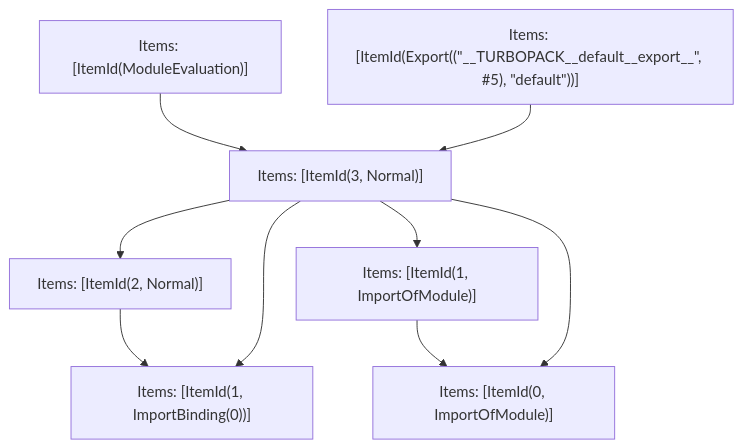
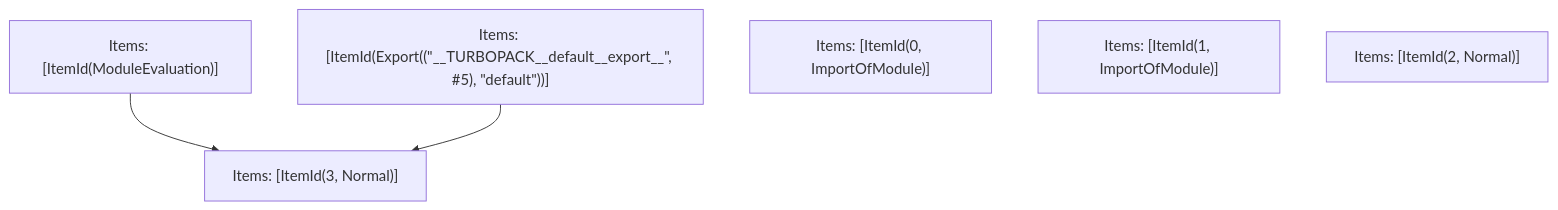
The fifth of 5 diagrams in turbopack/crates/turbopack-ecmascript/tests/tree-shaker/analyzer/amphtml-document/output.md (Sonar-UX-Testing-FreePlan/next.js), drawn with Mermaid before and after one commit. The commit also changed other lines of this file and 30 other files, not shown here.

````diff
--- a/turbopack/crates/turbopack-ecmascript/tests/tree-shaker/analyzer/amphtml-document/output.md
+++ b/turbopack/crates/turbopack-ecmascript/tests/tree-shaker/analyzer/amphtml-document/output.md
@@ -277,18 +277,11 @@
 ```mermaid
 graph TD
     N0["Items: [ItemId(ModuleEvaluation)]"];
     N1["Items: [ItemId(Export((&quot;__TURBOPACK__default__export__&quot;, #5), &quot;default&quot;))]"];
-    N2["Items: [ItemId(0, ImportOfModule)]"];
-    N3["Items: [ItemId(1, ImportOfModule)]"];
-    N4["Items: [ItemId(1, ImportBinding(0))]"];
+    N2["Items: [ItemId(3, Normal)]"];
+    N3["Items: [ItemId(0, ImportOfModule)]"];
+    N4["Items: [ItemId(1, ImportOfModule)]"];
     N5["Items: [ItemId(2, Normal)]"];
-    N6["Items: [ItemId(3, Normal)]"];
-    N3 --> N2;
-    N5 --> N4;
-    N6 --> N4;
-    N6 --> N3;
-    N0 --> N6;
-    N6 --> N5;
-    N6 --> N2;
-    N1 --> N6;
+    N0 --> N2;
+    N1 --> N2;
 ```
````
